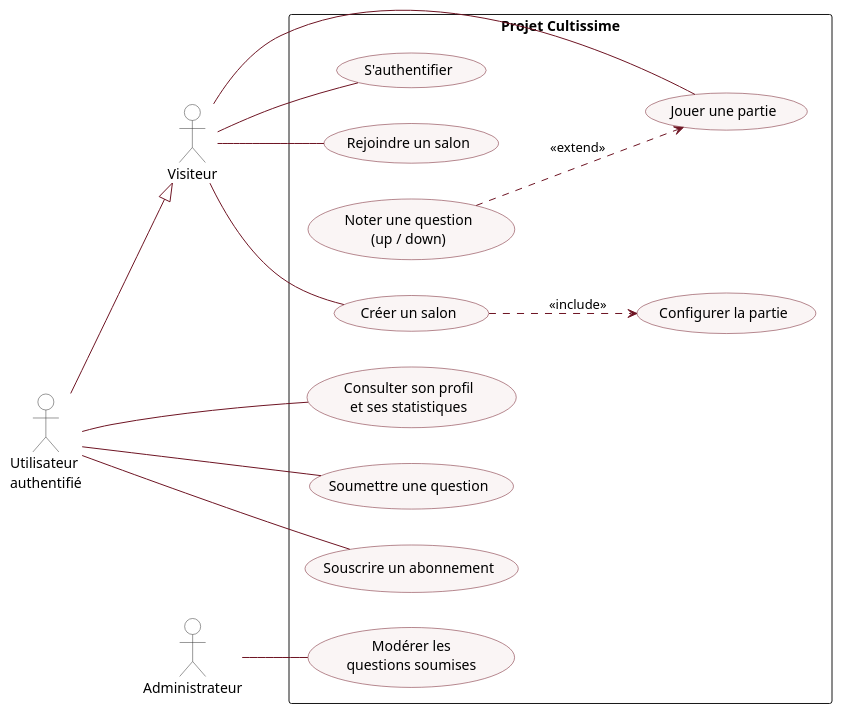
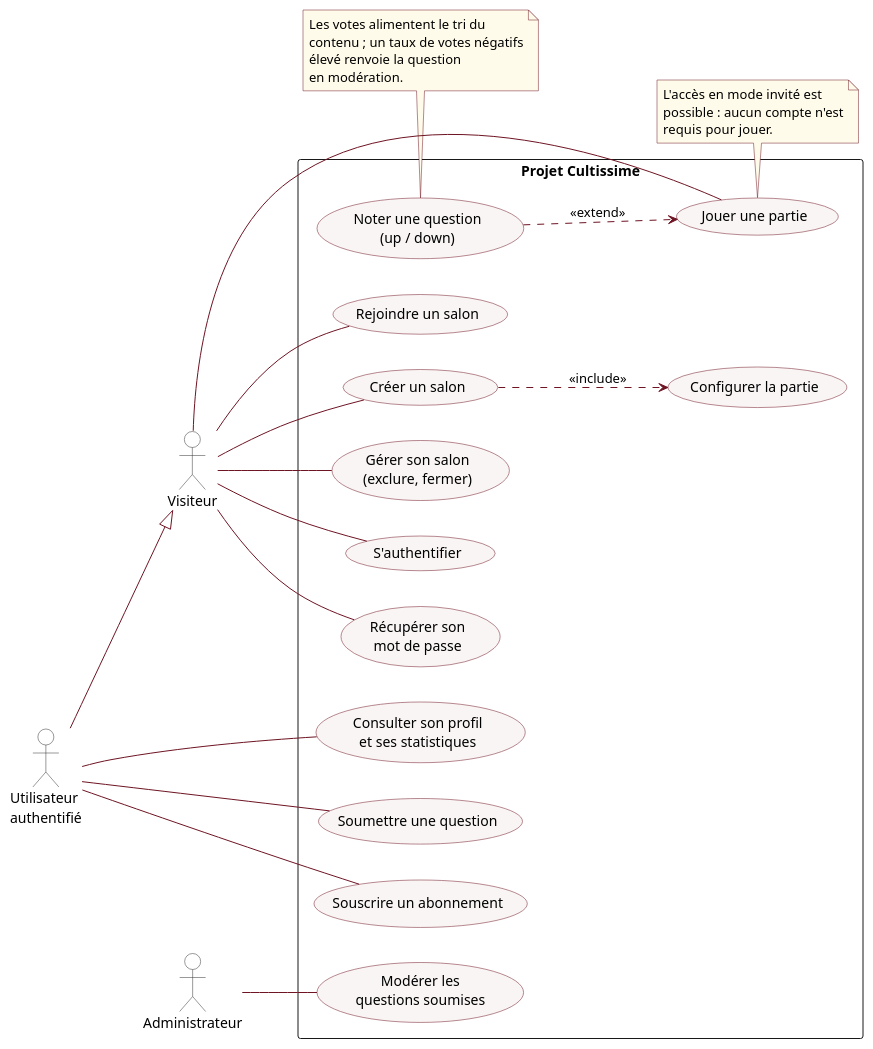
One commit to AlphaXZero/Projet-Cultissime changed the diagram in usecase.puml. Above: the diagram before and after it, drawn with PlantUML. The commit also changed 53 other files, not shown here.

```diff
--- a/usecase.puml
+++ b/usecase.puml
@@ -1,66 +1,85 @@
 @startuml
 ' ===== Diagramme de cas d'utilisation - Projet Cultissime =====
 ' Notation UML 1.4.1
 
 left to right direction
 
 skinparam backgroundColor transparent
 skinparam shadowing false
 skinparam ArrowColor #6e1423
 skinparam packageStyle rectangle
 skinparam usecase {
   BackgroundColor #faf5f5
   BorderColor #6e1423
   ArrowColor #6e1423
 }
 skinparam actor {
   BorderColor #333333
   BackgroundColor #ffffff
 }
+skinparam note {
+  BackgroundColor #fffbea
+  BorderColor #6e1423
+}
 
 actor "Visiteur" as V
 actor "Utilisateur\nauthentifié" as U
 actor "Administrateur" as A
 
 ' Généralisation : l'utilisateur authentifié est un visiteur (héritage)
 U --|> V
 
 rectangle "Projet Cultissime" {
 
   ' --- Cas accessibles au Visiteur (donc aussi à l'authentifié) ---
   usecase "S'authentifier" as UC_AUTH
+  usecase "Récupérer son\nmot de passe" as UC_PWD
   usecase "Rejoindre un salon" as UC_JOIN
   usecase "Créer un salon" as UC_CREATE
   usecase "Configurer la partie" as UC_CONFIG
+  usecase "Gérer son salon\n(exclure, fermer)" as UC_MANAGE
   usecase "Jouer une partie" as UC_PLAY
   usecase "Noter une question\n(up / down)" as UC_RATE
 
   ' --- Cas réservés à l'utilisateur authentifié ---
   usecase "Consulter son profil\net ses statistiques" as UC_PROFILE
   usecase "Soumettre une question" as UC_SUBMIT
   usecase "Souscrire un abonnement" as UC_SUB
 
   ' --- Cas réservés à l'administrateur ---
   usecase "Modérer les\nquestions soumises" as UC_MOD
 }
 
 ' ===== Associations acteur / cas =====
 V -- UC_AUTH
+V -- UC_PWD
 V -- UC_JOIN
 V -- UC_CREATE
+V -- UC_MANAGE
 V -- UC_PLAY
 
 U -- UC_PROFILE
 U -- UC_SUBMIT
 U -- UC_SUB
 
 A -- UC_MOD
 
 ' ===== Relations entre cas (UML 1.4.1) =====
-' include : le cas de base pointe vers le cas inclus (obligatoire)
 UC_CREATE ..> UC_CONFIG : <<include>>
-
-' extend : le cas d'extension pointe vers le cas de base (optionnel)
 UC_RATE ..> UC_PLAY : <<extend>>
 
+' ===== Commentaires fonctionnels =====
+note bottom of UC_PLAY
+  L'accès en mode invité est
+  possible : aucun compte n'est
+  requis pour jouer.
+end note
+
+note bottom of UC_RATE
+  Les votes alimentent le tri du
+  contenu ; un taux de votes négatifs
+  élevé renvoie la question
+  en modération.
+end note
+
 @enduml
```
